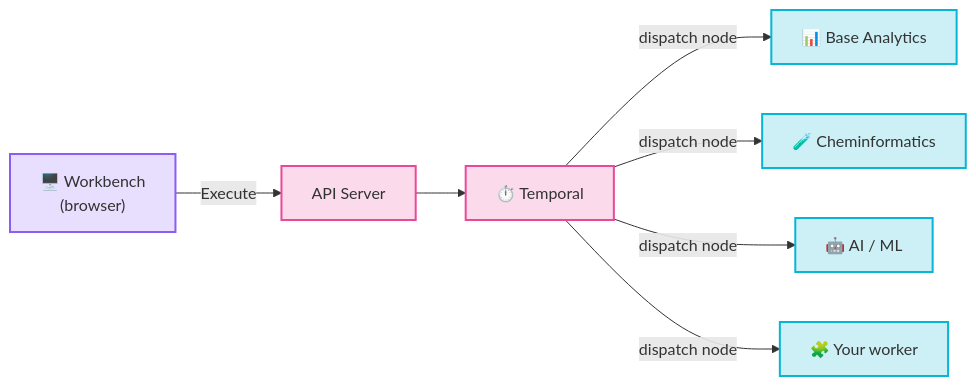
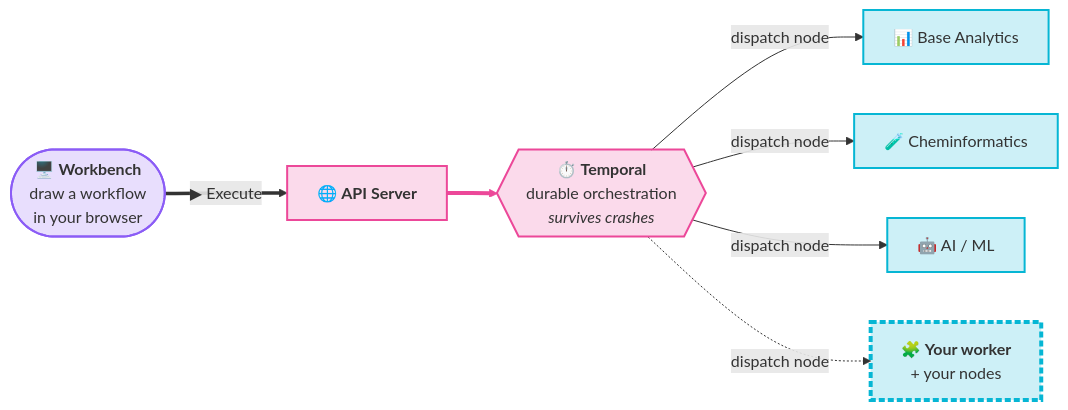
The diagram in versioned_docs/version-0.0.20/intro.mdx (projectcontinuum-org/continuum-docs), drawn with Mermaid before and after one commit. The commit also changed 49 other files, not shown here.

````diff
--- a/versioned_docs/version-0.0.20/intro.mdx
+++ b/versioned_docs/version-0.0.20/intro.mdx
@@ -51,16 +51,21 @@
 ```mermaid
 flowchart LR
-  UI["🖥️ Workbench<br/>(browser)"] -->|Execute| API["API Server"]
-  API --> T["⏱️ Temporal"]
-  T -->|dispatch node| W1["📊 Base Analytics"]
-  T -->|dispatch node| W2["🧪 Cheminformatics"]
-  T -->|dispatch node| W3["🤖 AI / ML"]
-  T -->|dispatch node| W4["🧩 Your worker"]
+  UI(["🖥️ <b>Workbench</b><br/>draw a workflow<br/>in your browser"]) ==>|"▶ Execute"| API["🌐 <b>API Server</b>"]
+  API ==> T{{"⏱️ <b>Temporal</b><br/>durable orchestration<br/><i>survives crashes</i>"}}
+  T -->|"dispatch node"| W1["📊 Base Analytics"]
+  T -->|"dispatch node"| W2["🧪 Cheminformatics"]
+  T -->|"dispatch node"| W3["🤖 AI / ML"]
+  T -.->|"dispatch node"| W4["🧩 <b>Your worker</b><br/>+ your nodes"]
 
   classDef ui fill:#8b5cf633,stroke:#8b5cf6,stroke-width:2px
   classDef core fill:#ec489933,stroke:#ec4899,stroke-width:2px
+  classDef stream fill:#f59e0b33,stroke:#f59e0b,stroke-width:2px
   classDef worker fill:#06b6d433,stroke:#06b6d4,stroke-width:2px
+  classDef store fill:#10b98133,stroke:#10b981,stroke-width:2px
+  classDef hero fill:#06b6d433,stroke:#06b6d4,stroke-width:4px,stroke-dasharray:6 3
   class UI ui
   class API,T core
-  class W1,W2,W3,W4 worker
+  class W1,W2,W3 worker
+  class W4 hero
+  linkStyle 1 stroke:#ec4899,stroke-width:4px
 ```
````
